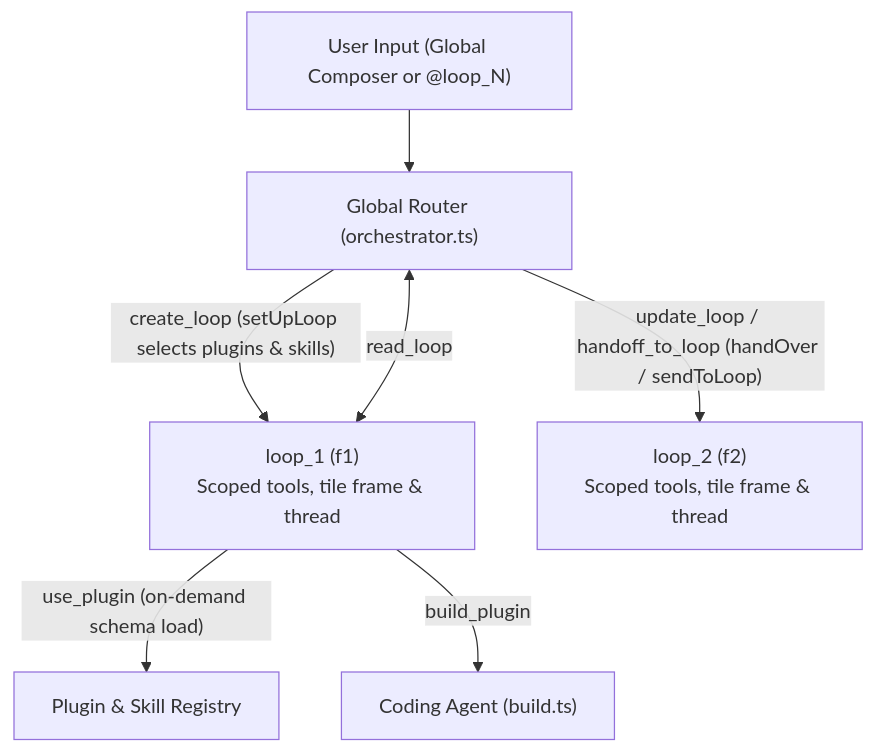
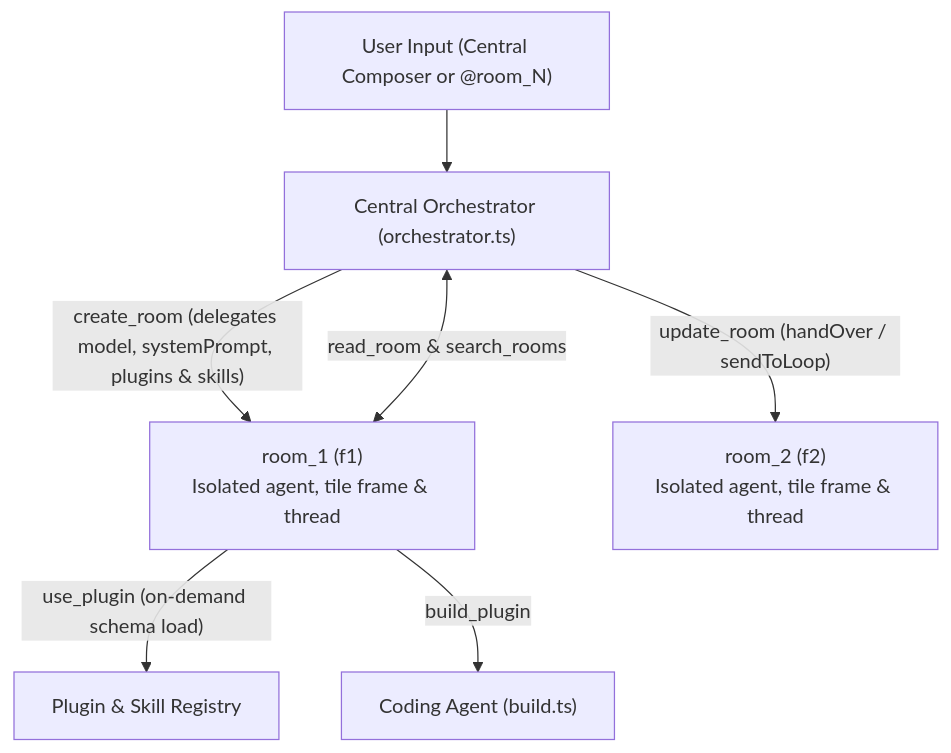
One commit to JaspersAI/terminal changed the first of 2 diagrams in docs/architecture.md. Above: the diagram before and after it, drawn with Mermaid. The commit also changed other lines of this file and 14 other files, not shown here.

Commit message:
central: single flow across tabs, sitting-boundary compression, and clear

````diff
--- a/docs/architecture.md
+++ b/docs/architecture.md
@@ -30,9 +30,9 @@
 ```mermaid
 flowchart TB
-  User["User Input (Global Composer or @loop_N)"] --> Router["Global Router (orchestrator.ts)"]
-  Router -->|"create_loop (setUpLoop selects plugins & skills)"| Loop1["loop_1 (f1)<br/>Scoped tools, tile frame & thread"]
-  Router -->|"update_loop / handoff_to_loop (handOver / sendToLoop)"| Loop2["loop_2 (f2)<br/>Scoped tools, tile frame & thread"]
-  Router <-->|"read_loop"| Loop1
-  Loop1 -->|"use_plugin (on-demand schema load)"| Registry["Plugin & Skill Registry"]
-  Loop1 -->|"build_plugin"| Builder["Coding Agent (build.ts)"]
+  User["User Input (Central Composer or @room_N)"] --> Router["Central Orchestrator (orchestrator.ts)"]
+  Router -->|"create_room (delegates model, systemPrompt, plugins & skills)"| Room1["room_1 (f1)<br/>Isolated agent, tile frame & thread"]
+  Router -->|"update_room (handOver / sendToLoop)"| Room2["room_2 (f2)<br/>Isolated agent, tile frame & thread"]
+  Router <-->|"read_room & search_rooms"| Room1
+  Room1 -->|"use_plugin (on-demand schema load)"| Registry["Plugin & Skill Registry"]
+  Room1 -->|"build_plugin"| Builder["Coding Agent (build.ts)"]
 ```
````
